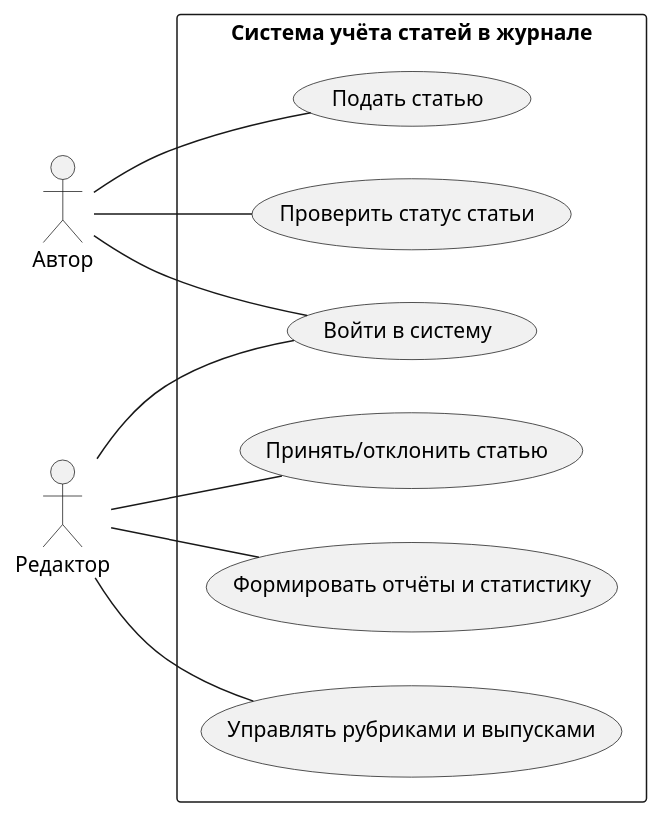
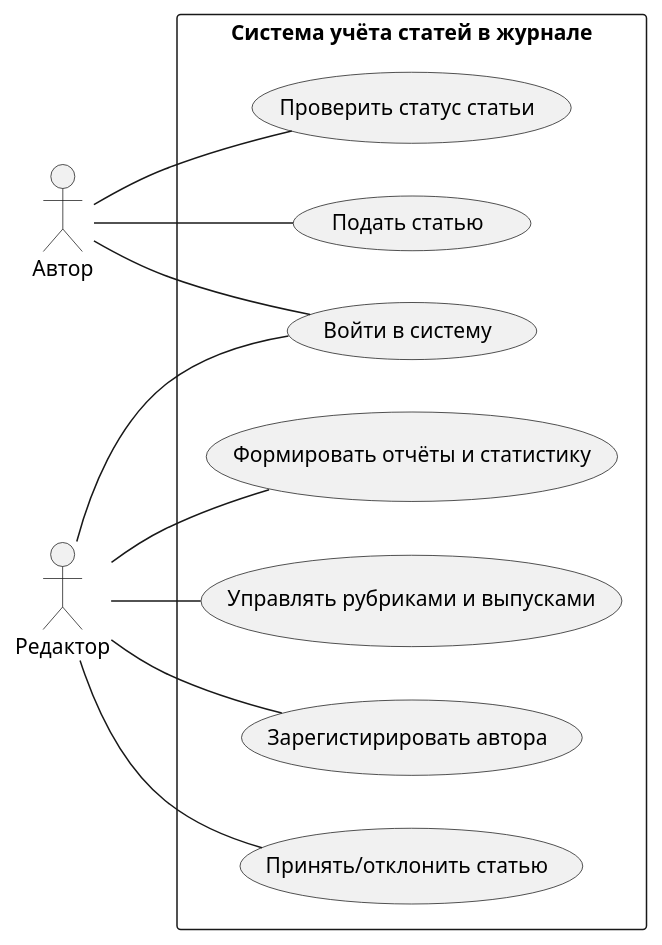
Before and after one commit to dbaldin511-create/ArticleTrack: the diagram in docs/usecase.plantuml, drawn with PlantUML.

```diff
--- a/docs/usecase.plantuml
+++ b/docs/usecase.plantuml
@@ -1,28 +1,30 @@
 @startuml ArticleTrack Use Case
 left to right direction
 
 actor "Автор" as Author
 actor "Редактор" as Editor
 
 rectangle "Система учёта статей в журнале" {
 
     usecase "Войти в систему" as UC_Login
 
     usecase "Подать статью" as UC_SubmitArticle
     usecase "Проверить статус статьи" as UC_CheckStatus
 
     usecase "Принять/отклонить статью" as UC_Decide
     usecase "Формировать отчёты и статистику" as UC_Reports
     usecase "Управлять рубриками и выпусками" as UC_ManageRubrics
+    usecase "Зарегистирировать автора" as US_Registration
 }
 
 Author -- UC_Login
 Author -- UC_SubmitArticle
 Author -- UC_CheckStatus
 
 Editor -- UC_Login
 Editor -- UC_Decide
 Editor -- UC_Reports
 Editor -- UC_ManageRubrics
+Editor -- US_Registration
 
 @enduml
```
